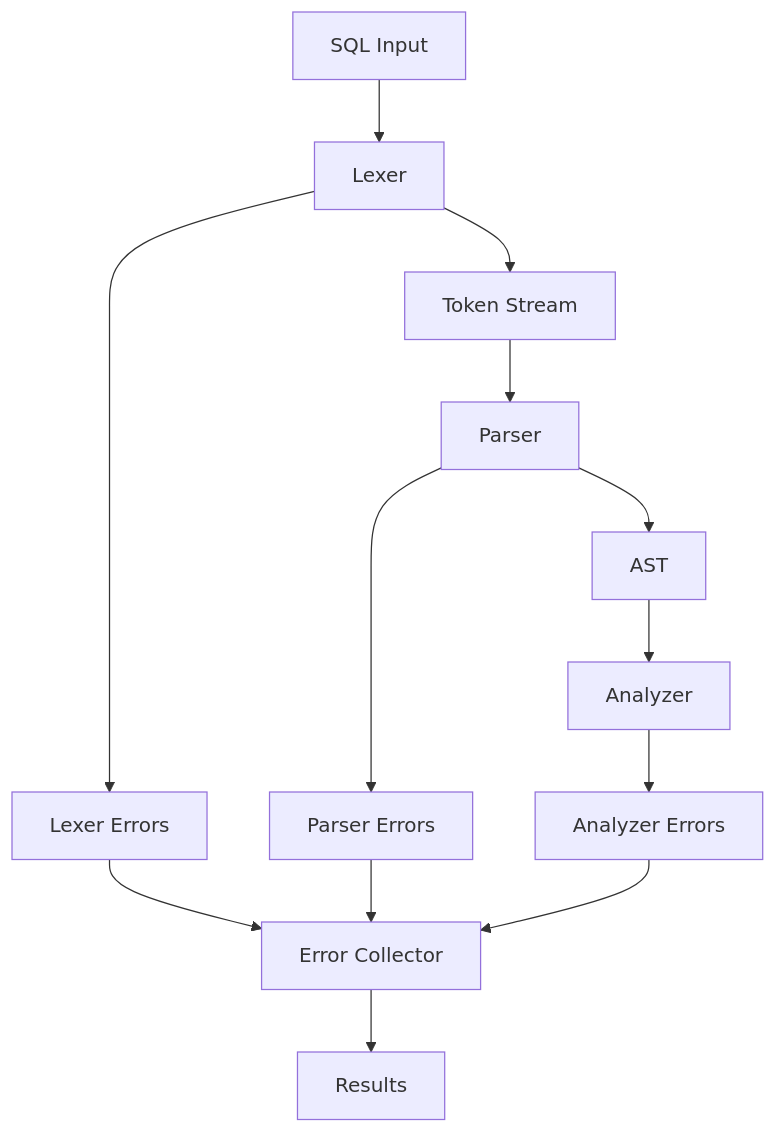
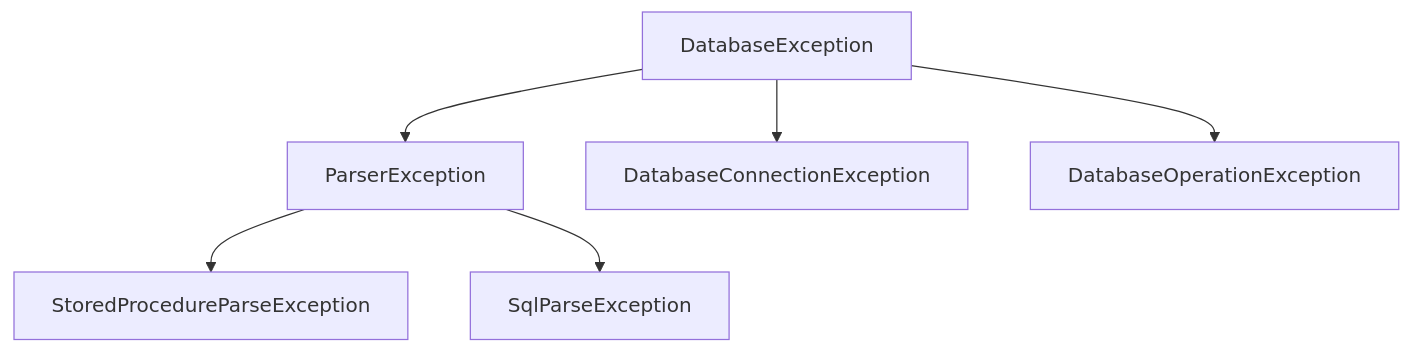
One commit to swapan-datahawklab/shdemmo changed the second of 2 diagrams in memory-bank/systemPatterns.md. Above: the diagram before and after it, drawn with Mermaid. The commit also changed other lines of this file and 97 other files, not shown here.

````diff
--- a/memory-bank/systemPatterns.md
+++ b/memory-bank/systemPatterns.md
@@ -336,15 +122,8 @@
 ```mermaid
-flowchart TD
-    Input[SQL Input] --> Lexer
-    Lexer --> LexerErrors[Lexer Errors]
-    Lexer --> TokenStream[Token Stream]
-    TokenStream --> Parser
-    Parser --> ParserErrors[Parser Errors]
-    Parser --> AST[AST]
-    LexerErrors --> ErrorCollector[Error Collector]
-    ParserErrors --> ErrorCollector
-    AST --> Analyzer
-    Analyzer --> AnalyzerErrors[Analyzer Errors]
-    AnalyzerErrors --> ErrorCollector
-    ErrorCollector --> Results[Results]
+graph TD
+    DE[DatabaseException] --> PE[ParserException]
+    DE --> DCE[DatabaseConnectionException]
+    DE --> DOE[DatabaseOperationException]
+    PE --> SPE[StoredProcedureParseException]
+    PE --> SQE[SqlParseException]
 ```
````
